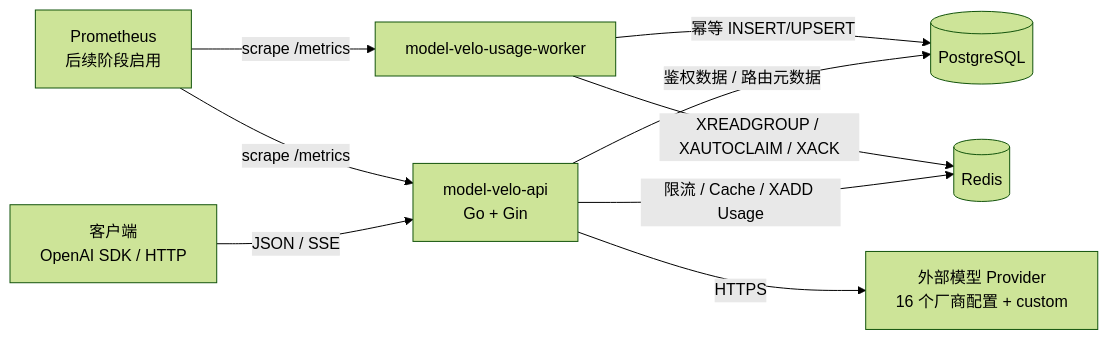
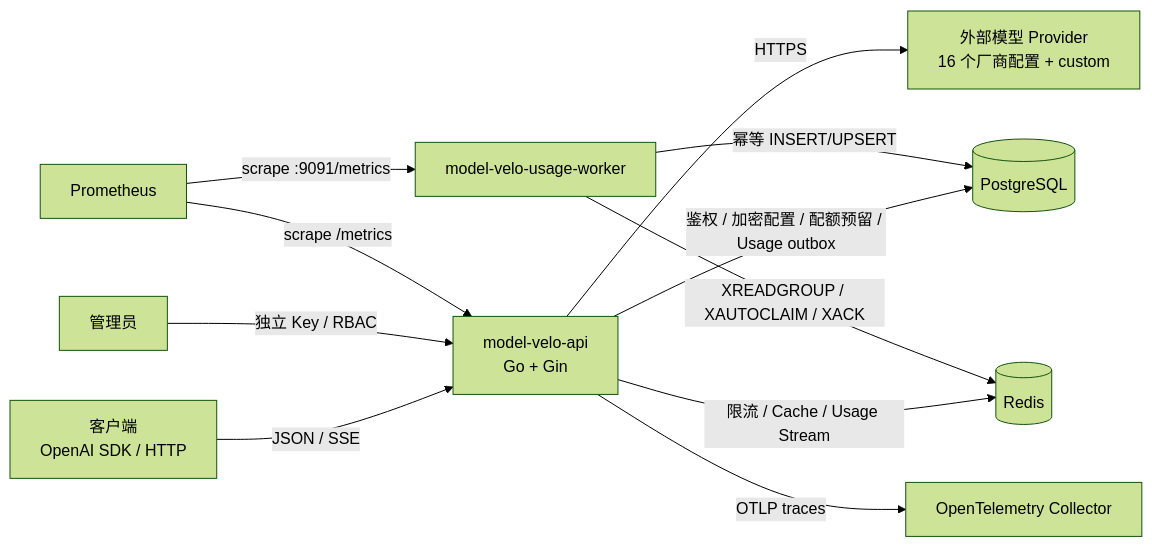
The first of 5 diagrams in ARCHITECTURE.md (tonghzhang/Model-Velo), drawn with Mermaid (forest theme) before and after one commit. The commit also changed other lines of this file and 94 other files, not shown here.

````diff
--- a/ARCHITECTURE.md
+++ b/ARCHITECTURE.md
@@ -74,14 +78,16 @@
 ```mermaid
 flowchart LR
     Client["客户端<br/>OpenAI SDK / HTTP"] -->|"JSON / SSE"| API["model-velo-api<br/>Go + Gin"]
 
-    API -->|"鉴权数据 / 路由元数据"| PG[("PostgreSQL")]
-    API -->|"限流 / Cache / XADD Usage"| Redis[("Redis")]
+    Admin["管理员"] -->|"独立 Key / RBAC"| API
+    API -->|"鉴权 / 加密配置 / 配额预留 / Usage outbox"| PG[("PostgreSQL")]
+    API -->|"限流 / Cache / Usage Stream"| Redis[("Redis")]
     API -->|"HTTPS"| Providers["外部模型 Provider<br/>16 个厂商配置 + custom"]
 
     Worker["model-velo-usage-worker"] -->|"XREADGROUP / XAUTOCLAIM / XACK"| Redis
     Worker -->|"幂等 INSERT/UPSERT"| PG
 
-    Prom["Prometheus<br/>后续阶段启用"] -->|"scrape /metrics"| API
-    Prom -->|"scrape /metrics"| Worker
+    Prom["Prometheus"] -->|"scrape /metrics"| API
+    Prom -->|"scrape :9091/metrics"| Worker
+    API -->|"OTLP traces"| OTel["OpenTelemetry Collector"]
 ```
````
